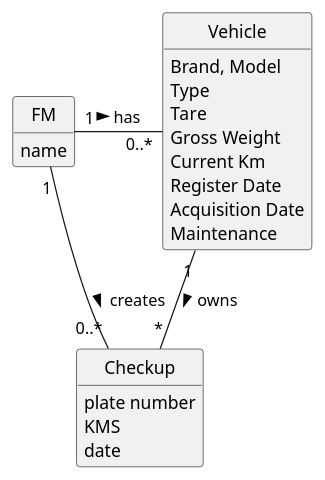
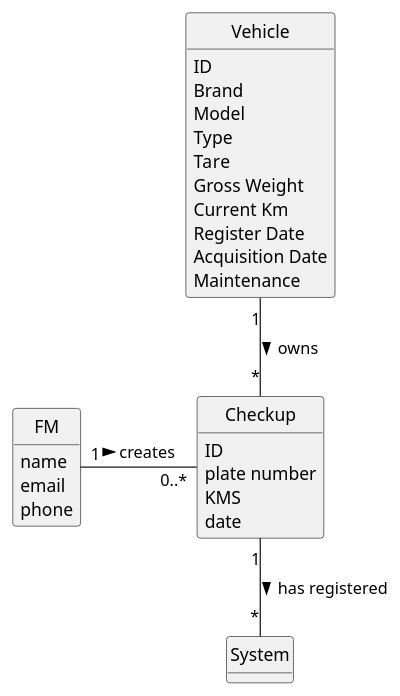
The diagram in docs/sprintA/us007/02.analysis/puml/us007-domain-model.puml (daniel41silva05/ISEP_2023_2024_LAPR2), drawn with PlantUML before and after one commit. The commit also changed 3 other files, not shown here.

```diff
--- a/docs/sprintA/us007/02.analysis/puml/us007-domain-model.puml
+++ b/docs/sprintA/us007/02.analysis/puml/us007-domain-model.puml
@@ -1,58 +1,65 @@
-@startuml
+    @startuml
 skinparam monochrome true
 skinparam packageStyle rectangle
 skinparam shadowing false
 
 'left to right direction
 
 skinparam classAttributeIconSize 0
 
 hide circle
 hide methods
 
 'title Domain Model
 
 'class Platform {
 '  -description
 '}
 
 class FM {
     name
+    email
+    phone
 }
 
 class Checkup {
+    ID
     plate number
      KMS
      date
 }
 
 'class Category {
 '    description
 '}
 
 class Vehicle {
-    Brand, Model
+    ID
+    Brand
+    Model
     Type
     Tare
     Gross Weight
     Current Km
     Register Date
     Acquisition Date
     Maintenance
 }
 
 'class User {
 '    name
 '    email
 '    password
 '}
 
 'Platform "1" -- "*" Organization : has registered >
 'Platform "1" -- "*" Category : defines >
-FM "1" - "0..*" Vehicle : has >
+'FM "1" - "0..*" Vehicle : has >
 FM "1" - "0..*" Checkup : creates >
 'Task "*" -- "1" Employee: created by >
 Vehicle "1" -- "*" Checkup : owns >
 'Employee "0..1" -- "1" User: acts as >
+Checkup "1" -- "*" System : has registered >
+
 'Checkup "*" - "1" Category: cataloged as >
 @enduml
```
